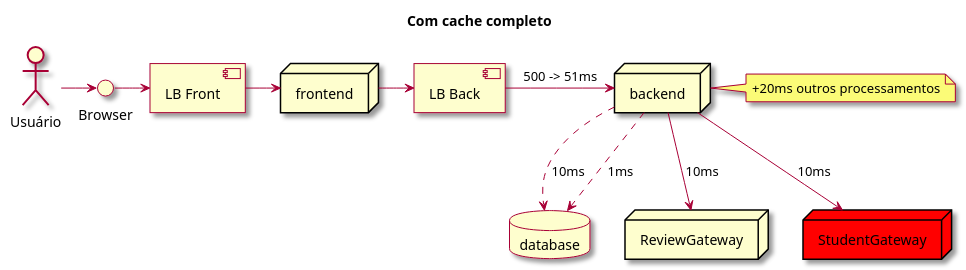
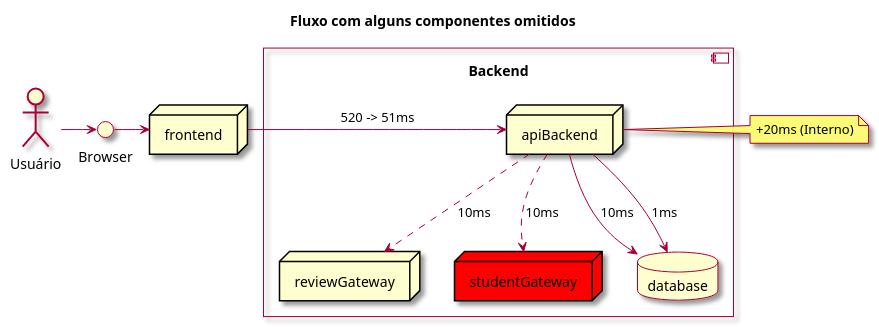
Before and after one commit to charlesardsilva/lecture-cache-content: the diagram in docs/diagrams/request-sem-cdn-with-cache.plantuml, drawn with PlantUML. The commit also changed 2 other files, not shown here.

Commit message:
Change cache information

```diff
--- a/docs/diagrams/request-sem-cdn-with-cache.plantuml
+++ b/docs/diagrams/request-sem-cdn-with-cache.plantuml
@@ -1,28 +1,30 @@
 @startuml
 
 skin rose
 
-Title: Com cache completo
+Title: Fluxo com alguns componentes omitidos
 
-component "LB Front" as LBF
-component "LB Back" as LBB
 actor "Usuário" as actor
-database database
 interface "Browser" as browser
 node frontend
-node backend
-node reviewGateway as "ReviewGateway"
-node studentGateway as "StudentGateway" #red
 
 actor -> browser
-browser -> LBF
-LBF -> frontend
-frontend -> LBB
-LBB -> backend : 500 -> 51ms
-note right of backend: +20ms outros processamentos
-backend --> reviewGateway: 10ms
-backend --> studentGateway : 10ms
-backend ..> database: 10ms
-backend ..> database: 1ms
+browser -> frontend
+
+component "Backend\n" {
+
+  node "apiBackend" as backend
+  node reviewGateway as reviewGateway
+  node studentGateway as studentGateway #red
+  database database
+
+  backend --> database: 10ms
+  backend --> database: 1ms
+  backend ..> reviewGateway: 10ms
+  backend ..> studentGateway: 10ms
+}
+
+frontend -> backend: 520 -> 51ms
+note right of backend: +20ms (Interno)
 
 @enduml
```
